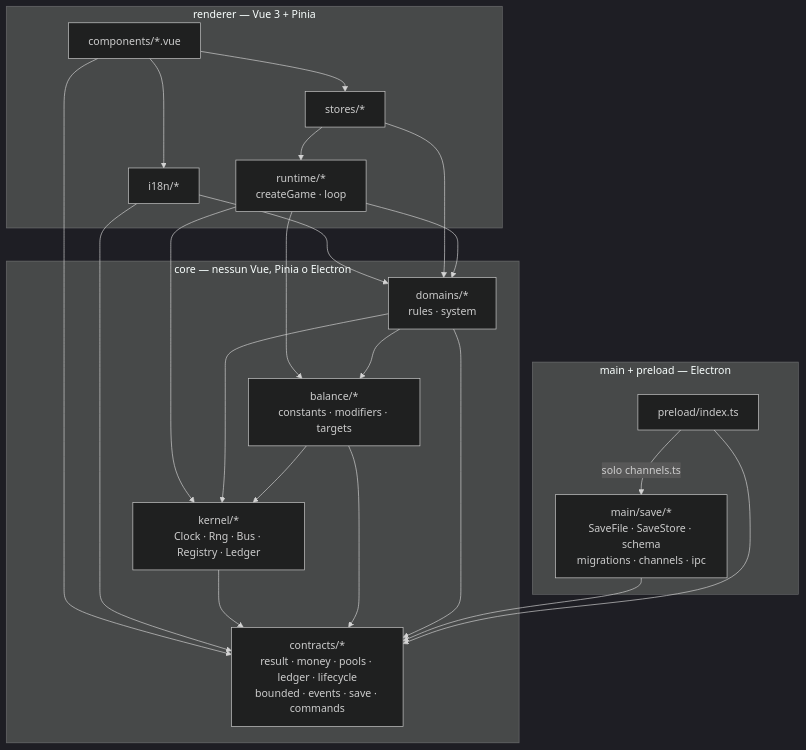
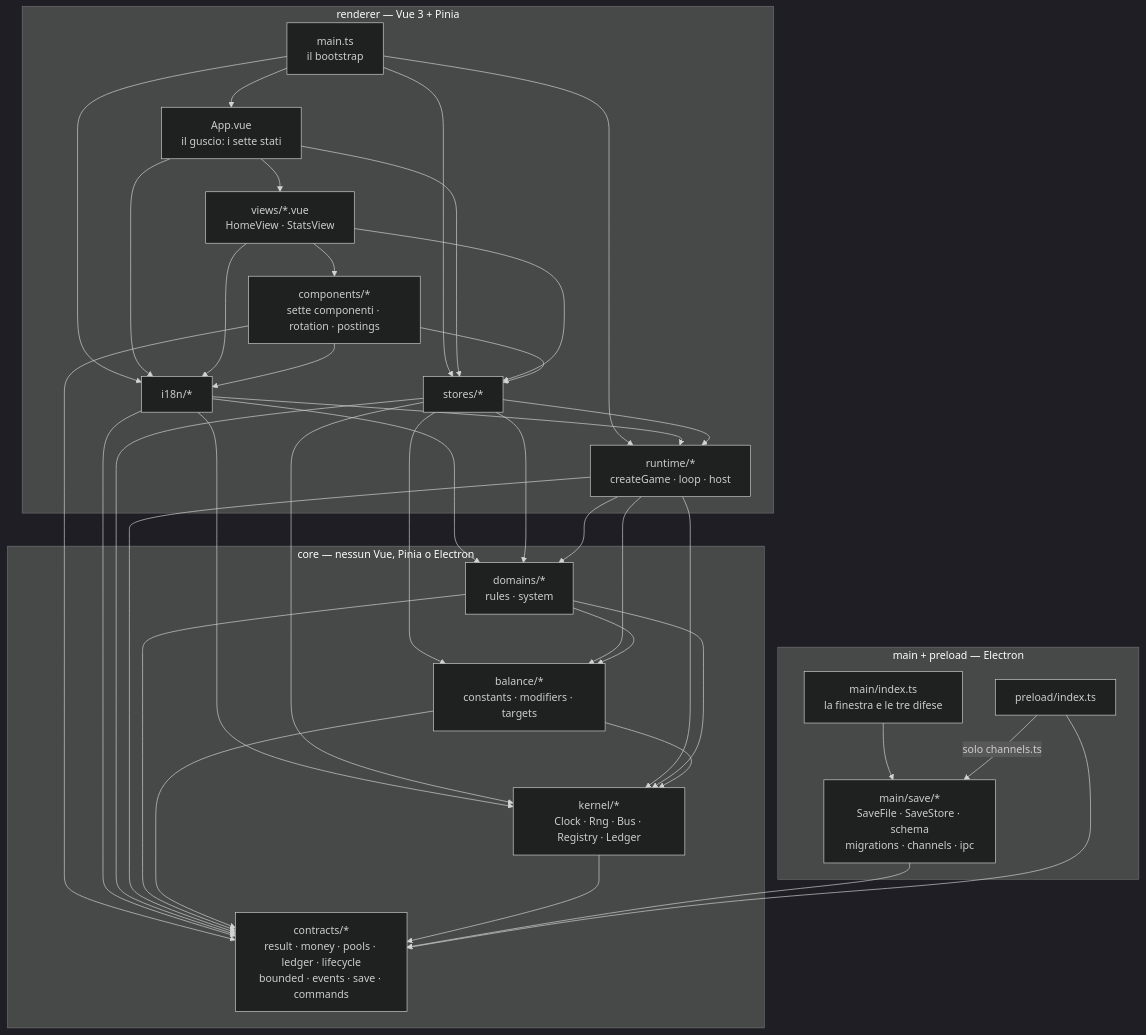
Before and after one commit to devfrx/solvent: the diagram in docs/architettura.md, drawn with Mermaid (dark theme). The commit also changed other lines of this file and 11 other files, not shown here.

````diff
--- a/docs/architettura.md
+++ b/docs/architettura.md
@@ -14,41 +14,62 @@
 ```mermaid
 flowchart TD
-  subgraph MAIN["main + preload — Electron"]
+  subgraph PLAT["main + preload — Electron"]
+    MAIN["main/index.ts<br/>la finestra e le tre difese"]
     SAVE["main/save/*<br/>SaveFile · SaveStore · schema<br/>migrations · channels · ipc"]
     PRE["preload/index.ts"]
   end
 
   subgraph REND["renderer — Vue 3 + Pinia"]
-    CMP["components/*.vue"]
+    BOOT["main.ts<br/>il bootstrap"]
+    APP["App.vue<br/>il guscio: i sette stati"]
+    VIEWS["views/*.vue<br/>HomeView · StatsView"]
+    CMP["components/*<br/>sette componenti · rotation · postings"]
     I18N["i18n/*"]
     ST["stores/*"]
-    RT["runtime/*<br/>createGame · loop"]
+    RT["runtime/*<br/>createGame · loop · host"]
   end
 
   subgraph CORE["core — nessun Vue, Pinia o Electron"]
     DOM["domains/*<br/>rules · system"]
     BAL["balance/*<br/>constants · modifiers · targets"]
     KER["kernel/*<br/>Clock · Rng · Bus · Registry · Ledger"]
     CON["contracts/*<br/>result · money · pools · ledger · lifecycle<br/>bounded · events · save · commands"]
   end
 
+  BOOT --> APP
+  BOOT --> ST
+  BOOT --> RT
+  BOOT --> I18N
+  APP --> VIEWS
+  APP --> ST
+  APP --> I18N
+  VIEWS --> CMP
+  VIEWS --> ST
+  VIEWS --> I18N
   CMP --> ST
   CMP --> I18N
   CMP --> CON
   I18N --> CON
   I18N --> DOM
+  I18N --> KER
+  I18N --> RT
   ST  --> RT
   ST  --> DOM
+  ST  --> KER
+  ST  --> BAL
+  ST  --> CON
   RT  --> DOM
   RT  --> KER
   RT  --> BAL
+  RT  --> CON
   DOM --> BAL
   DOM --> KER
+  DOM --> CON
   BAL --> KER
+  BAL --> CON
   KER --> CON
-  BAL --> CON
-  DOM --> CON
+  MAIN --> SAVE
   SAVE --> CON
   PRE --> CON
   PRE -->|solo channels.ts| SAVE
 ```
````
